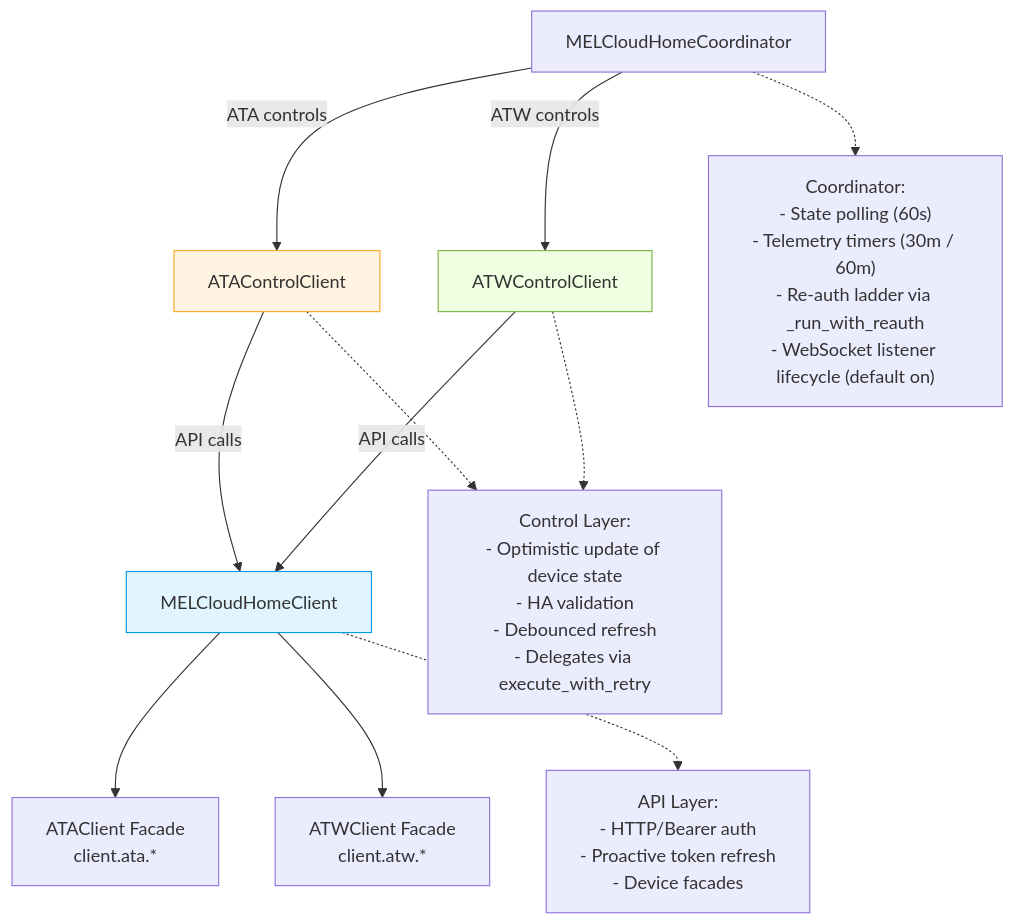
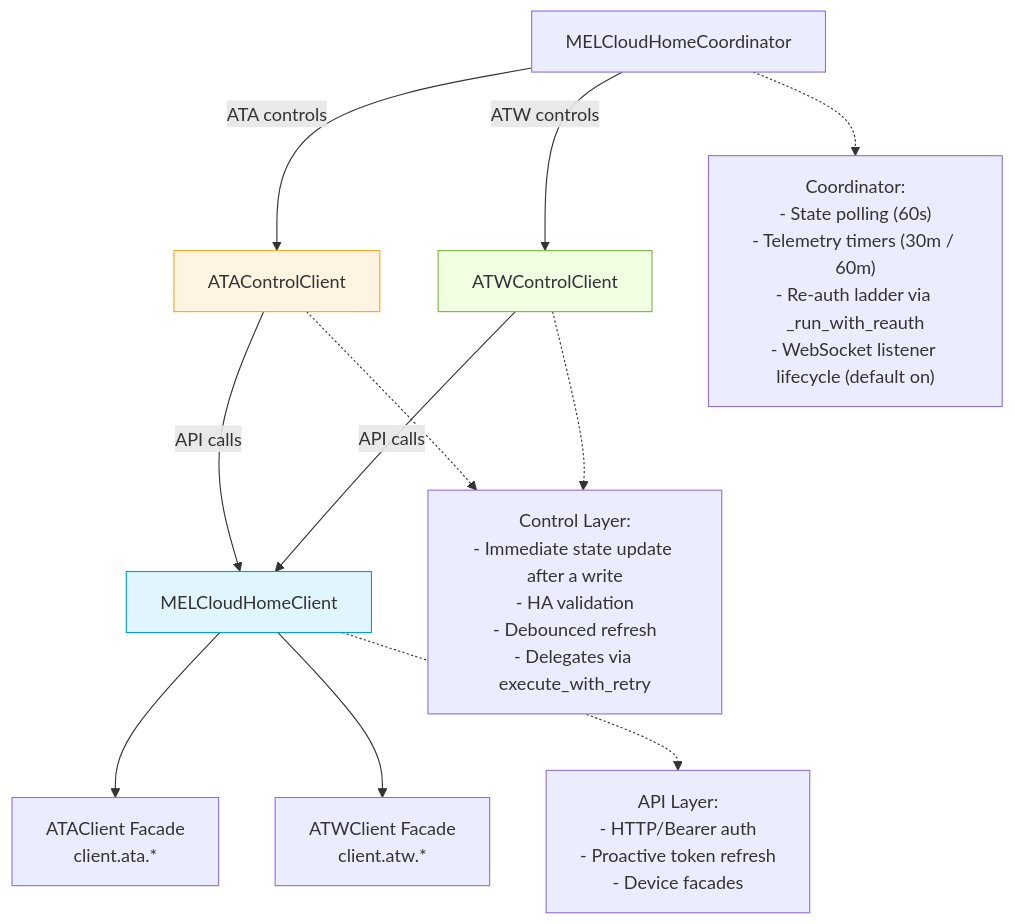
The third of 6 diagrams in docs/architecture.md (andrew-blake/melcloudhome), drawn with Mermaid before and after one commit. The commit also changed other lines of this file and 5 other files, not shown here.

````diff
--- a/docs/architecture.md
+++ b/docs/architecture.md
@@ -367,29 +367,29 @@
 ```mermaid
 graph TD
     Coordinator[MELCloudHomeCoordinator]
     ControlATA[ATAControlClient]
     ControlATW[ATWControlClient]
     APIClient[MELCloudHomeClient]
     ATAAPI[ATAClient Facade<br/>client.ata.*]
     ATWAPI[ATWClient Facade<br/>client.atw.*]
 
     Coordinator -->|ATA controls| ControlATA
     Coordinator -->|ATW controls| ControlATW
     ControlATA -->|API calls| APIClient
     ControlATW -->|API calls| APIClient
     APIClient --> ATAAPI
     APIClient --> ATWAPI
 
     style ControlATA fill:#fff4e1,stroke:#f9a825
     style ControlATW fill:#f0ffe1,stroke:#7cb342
     style APIClient fill:#e1f5ff,stroke:#039be5
 
     note0["Coordinator:<br/>- State polling (60s)<br/>- Telemetry timers (30m / 60m)<br/>- Re-auth ladder via _run_with_reauth<br/>- WebSocket listener lifecycle (default on)"]
-    note1["Control Layer:<br/>- Optimistic update of device state<br/>- HA validation<br/>- Debounced refresh<br/>- Delegates via execute_with_retry"]
+    note1["Control Layer:<br/>- Immediate state update after a write<br/>- HA validation<br/>- Debounced refresh<br/>- Delegates via execute_with_retry"]
     note2["API Layer:<br/>- HTTP/Bearer auth<br/>- Proactive token refresh<br/>- Device facades"]
 
     Coordinator -.-> note0
     ControlATA -.-> note1
     ControlATW -.-> note1
     APIClient -.-> note2
 ```
````
